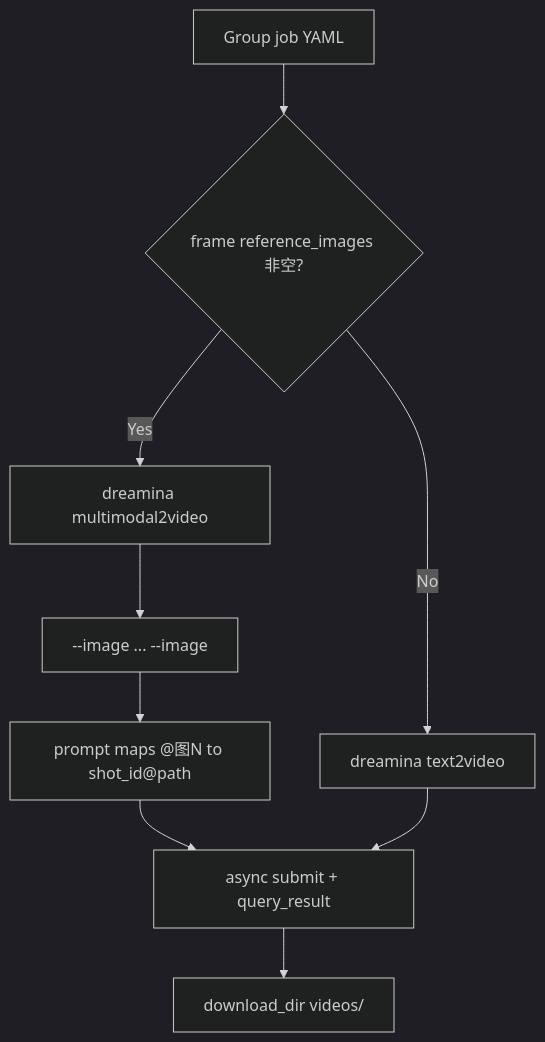
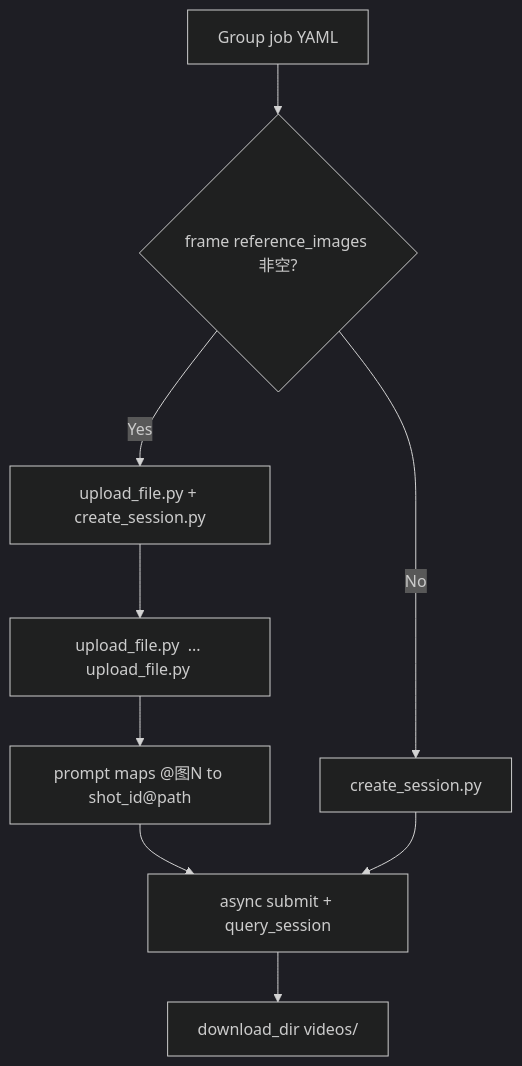
One commit to ZEN-VOID/AI-CUT changed the second of 3 diagrams in .agents/skills/aigc/7-视频/A-分镜画面参照/SKILL.md. Above: the diagram before and after it, drawn with Mermaid (dark theme). The commit also changed other lines of this file and 173 other files, not shown here.

````diff
--- a/.agents/skills/aigc/7-视频/A-分镜画面参照/SKILL.md
+++ b/.agents/skills/aigc/7-视频/A-分镜画面参照/SKILL.md
@@ -115,11 +127,11 @@
 ```mermaid
 flowchart TD
     A["Group job YAML"] --> B{"frame reference_images 非空?"}
-    B -->|"Yes"| C["dreamina multimodal2video"]
-    C --> D["--image <shot_1_path> ... --image <shot_n_path>"]
+    B -->|"Yes"| C["upload_file.py + create_session.py"]
+    C --> D["upload_file.py <shot_1_path> ... upload_file.py <shot_n_path>"]
     D --> E["prompt maps @图N to shot_id@path"]
-    B -->|"No"| F["dreamina text2video"]
-    E --> G["async submit + query_result"]
+    B -->|"No"| F["create_session.py"]
+    E --> G["async submit + query_session"]
     F --> G
     G --> H["download_dir videos/"]
 ```
````
